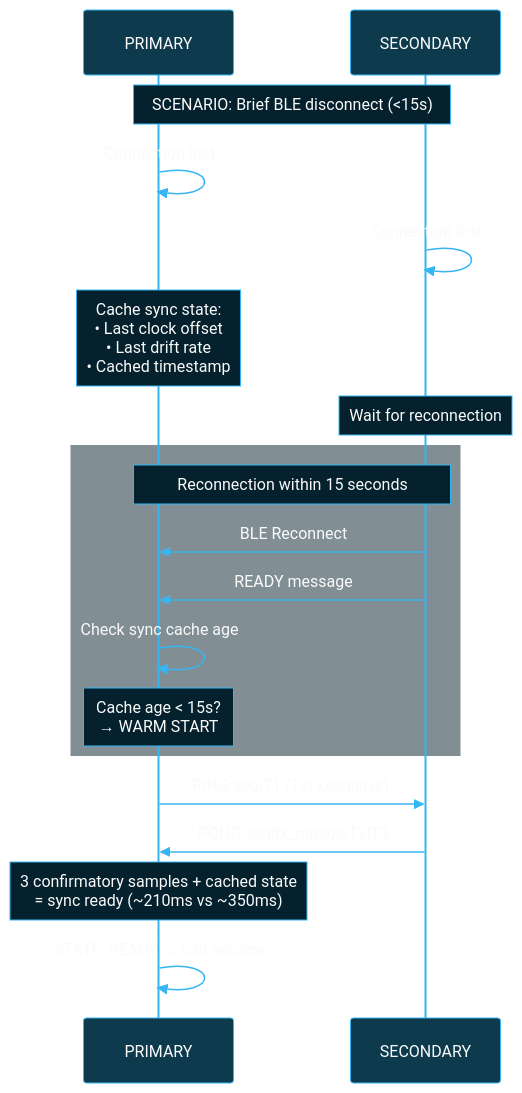
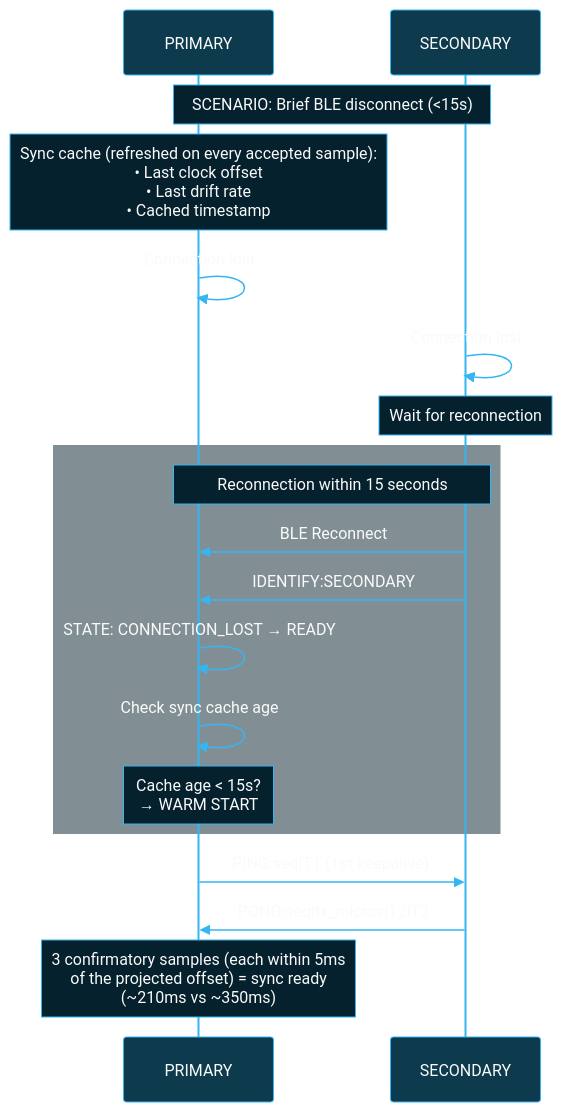
One commit to BlueBuzzah/BlueBuzzah-Firmware changed the fifth of 11 diagrams in docs/THERAPY_SESSION_FLOW.md. Above: the diagram before and after it, drawn with Mermaid. The commit also changed other lines of this file and 12 other files, not shown here.

````diff
--- a/docs/THERAPY_SESSION_FLOW.md
+++ b/docs/THERAPY_SESSION_FLOW.md
@@ -322,51 +307,50 @@
 ```mermaid
 %%{init: {'theme': 'base', 'themeVariables': {
   'primaryColor': '#0d3a4d',
   'primaryTextColor': '#fafafa',
   'primaryBorderColor': '#35B6F2',
   'lineColor': '#35B6F2',
   'secondaryColor': '#05212D',
   'tertiaryColor': '#0a0a0a',
   'background': '#0a0a0a',
   'actorBkg': '#0d3a4d',
   'actorBorder': '#35B6F2',
   'actorTextColor': '#fafafa',
   'actorLineColor': '#35B6F2',
   'signalColor': '#35B6F2',
   'signalTextColor': '#fafafa',
   'labelBoxBkgColor': '#05212D',
   'labelBoxBorderColor': '#35B6F2',
   'labelTextColor': '#fafafa',
   'loopTextColor': '#fafafa',
   'noteBkgColor': '#05212D',
   'noteBorderColor': '#35B6F2',
   'noteTextColor': '#fafafa',
   'activationBkgColor': '#0d3a4d',
   'activationBorderColor': '#35B6F2',
   'sequenceNumberColor': '#fafafa'
 }}}%%
 sequenceDiagram
     participant P as PRIMARY
     participant S as SECONDARY
 
     Note over P,S: SCENARIO: Brief BLE disconnect (<15s)
 
+    Note over P: Sync cache (refreshed on every accepted sample):<br/>• Last clock offset<br/>• Last drift rate<br/>• Cached timestamp
     P->>P: Connection lost
     S->>S: Connection lost
-    Note over P: Cache sync state:<br/>• Last clock offset<br/>• Last drift rate<br/>• Cached timestamp
     Note over S: Wait for reconnection
 
     rect rgba(5, 33, 45, 0.5)
         Note over P,S: Reconnection within 15 seconds
         S->>P: BLE Reconnect
-        S->>P: READY message
+        S->>P: IDENTIFY:SECONDARY
+        P->>P: STATE: CONNECTION_LOST → READY
         P->>P: Check sync cache age
         Note over P: Cache age < 15s?<br/>→ WARM START
     end
 
     P->>S: PING:seq|T1 (1st keepalive)
     S->>P: PONG:seq|tx_micros|T2|T3
-    Note over P: 3 confirmatory samples + cached state<br/>= sync ready (~210ms vs ~350ms)
-
-    P->>P: STATE: READY → can resume
+    Note over P: 3 confirmatory samples (each within 5ms<br/>of the projected offset) = sync ready<br/>(~210ms vs ~350ms)
 ```
````
